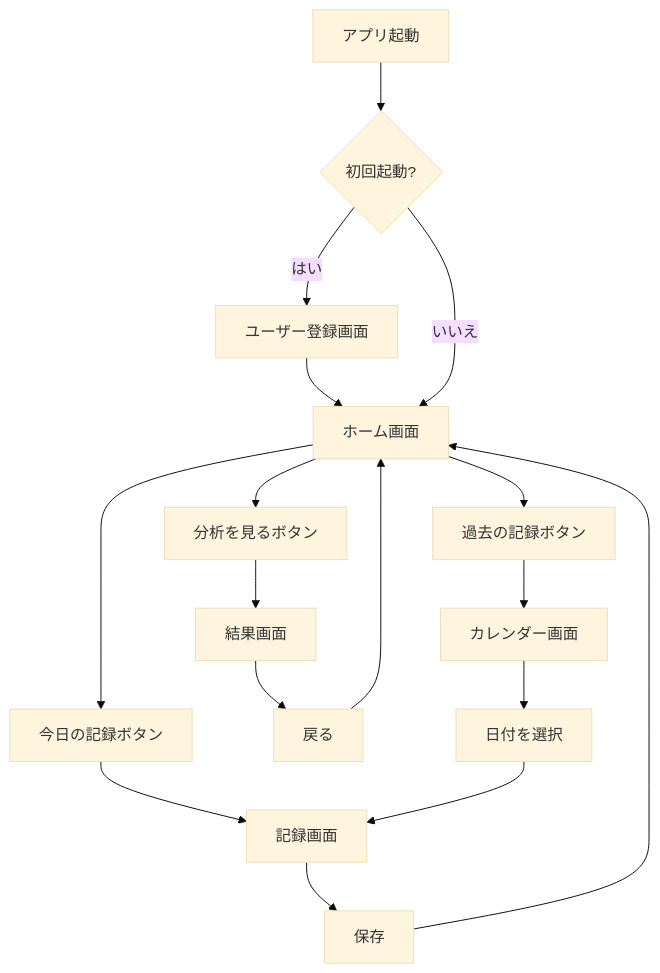
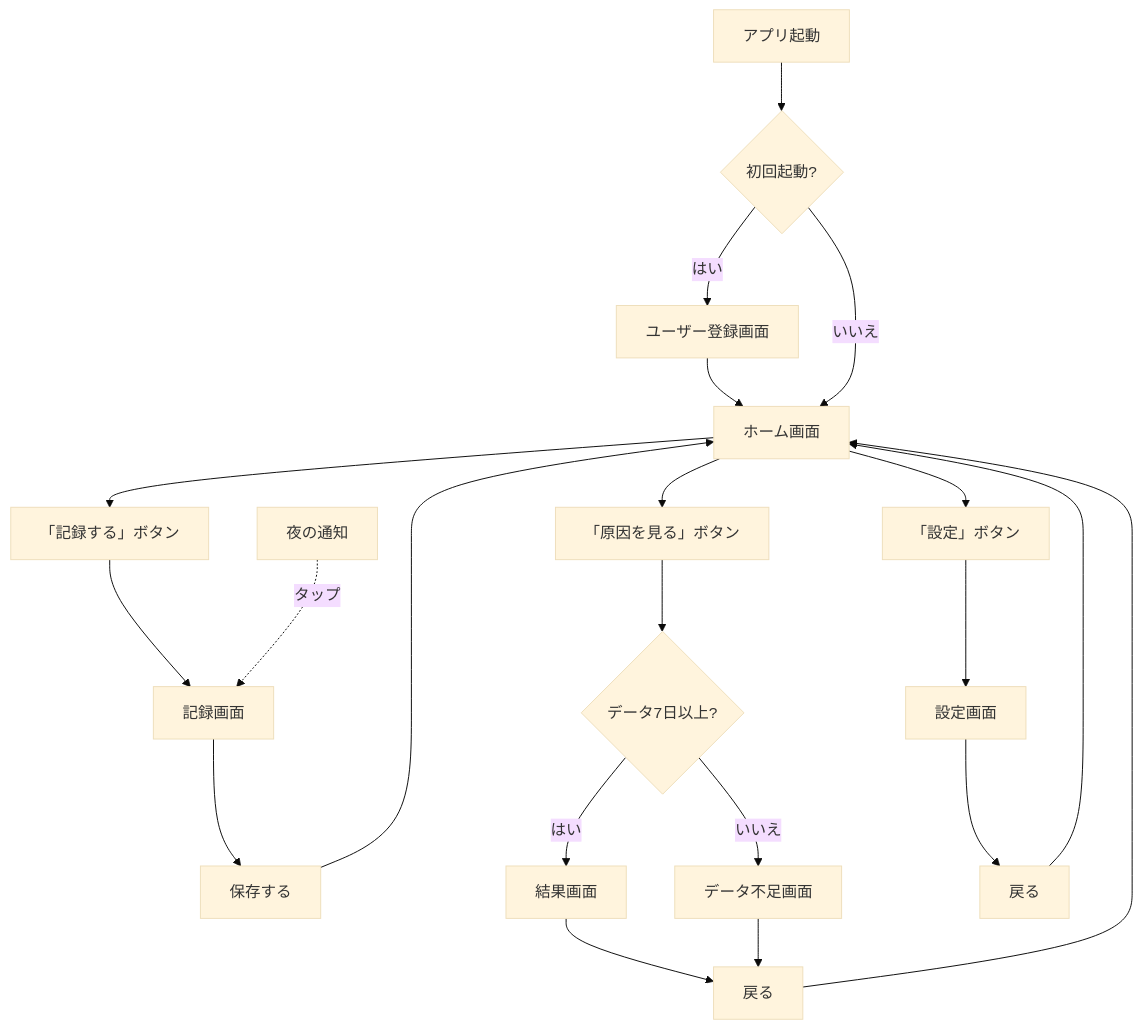
Before and after one commit to Syota622/TriggerSearch: the eighth of 11 diagrams in document/APP/sequence.md, drawn with Mermaid (base theme). The commit also changed other lines of this file and 3 other files, not shown here.

````diff
--- a/document/APP/sequence.md
+++ b/document/APP/sequence.md
@@ -131,23 +227,28 @@
 ```mermaid
 flowchart TD
     A[アプリ起動] --> B{初回起動?}
     B -->|はい| C[ユーザー登録画面]
     C --> D[ホーム画面]
     B -->|いいえ| D
     
-    D --> E[今日の記録ボタン]
-    D --> F[分析を見るボタン]
-    D --> G[過去の記録ボタン]
+    D --> E[「記録する」ボタン]
+    D --> F[「原因を見る」ボタン]
+    D --> G[「設定」ボタン]
     
     E --> H[記録画面]
-    H --> I[保存]
+    H --> I[保存する]
     I --> D
     
-    F --> J[結果画面]
-    J --> K[戻る]
-    K --> D
+    F --> J{データ7日以上?}
+    J -->|はい| K[結果画面]
+    J -->|いいえ| L[データ不足画面]
+    K --> M[戻る]
+    L --> M
+    M --> D
     
-    G --> L[カレンダー画面]
-    L --> M[日付を選択]
-    M --> H
+    G --> N[設定画面]
+    N --> O[戻る]
+    O --> D
+    
+    P[夜の通知] -.->|タップ| H
 ```
````
